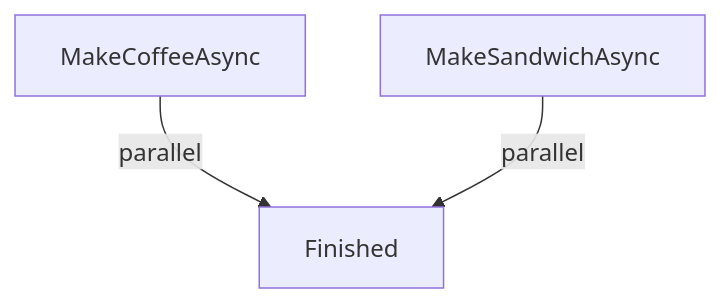
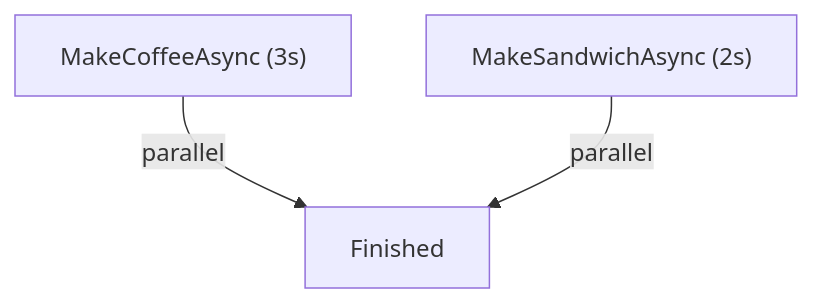
The sixth of 12 diagrams in 41_async_await/README.md (BasharAlwarad/Software_Engineering_course), drawn with Mermaid before and after one commit. The commit also changed other lines of this file and 2 other files, not shown here.

````diff
--- a/41_async_await/README.md
+++ b/41_async_await/README.md
@@ -111,5 +124,5 @@
 ```mermaid
 graph TD;
-    A[MakeCoffeeAsync] -->|parallel| C[Finished]
-    B[MakeSandwichAsync] -->|parallel| C
+    A["MakeCoffeeAsync (3s)"] -->|parallel| C[Finished]
+    B["MakeSandwichAsync (2s)"] -->|parallel| C
 ```
````
